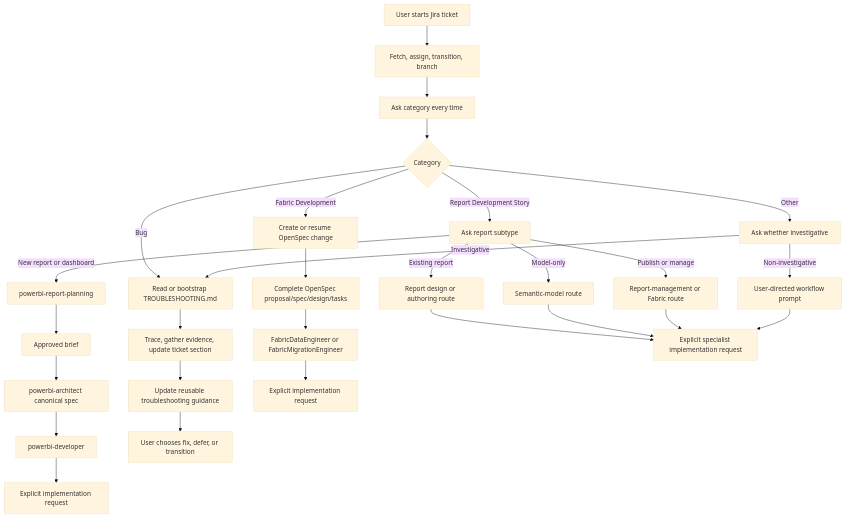
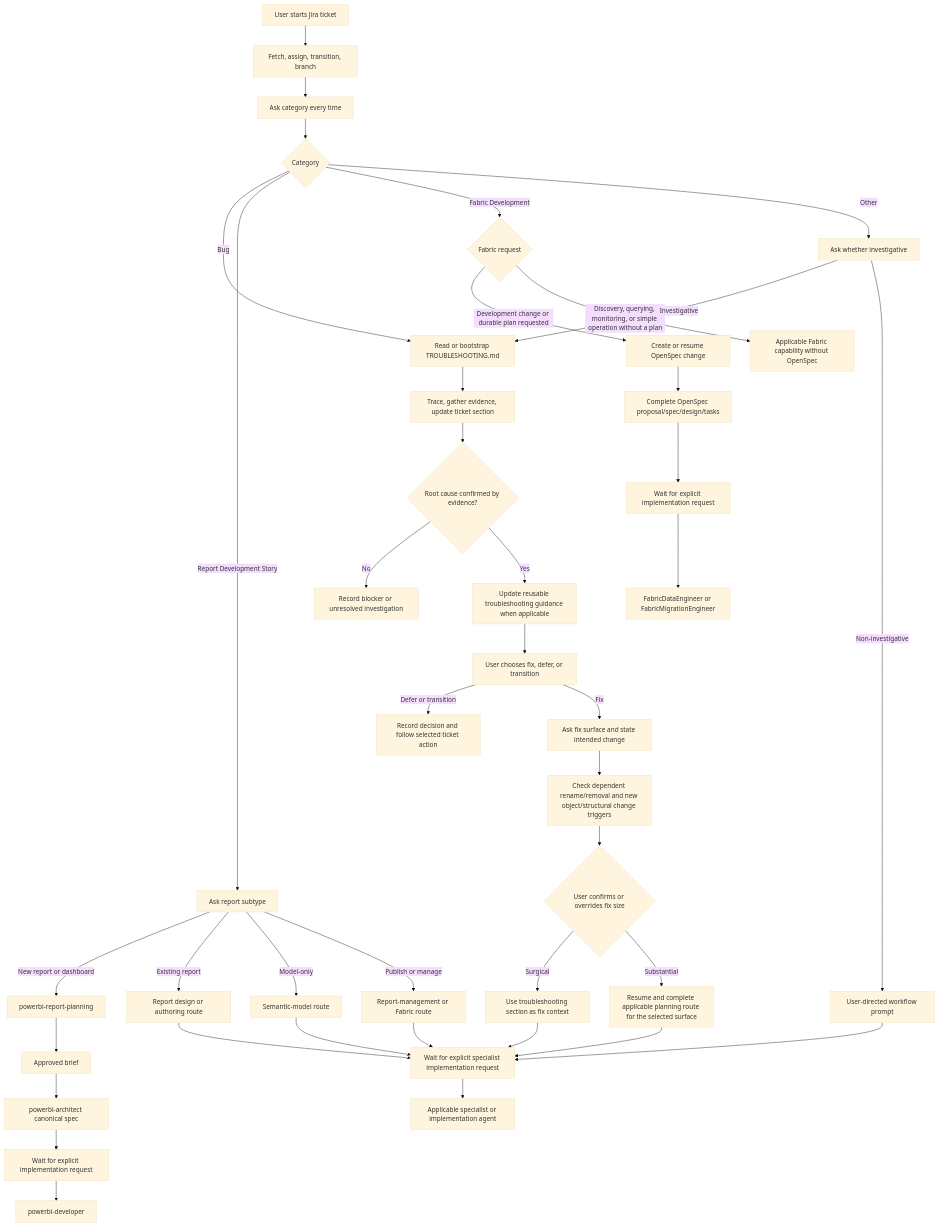
Before and after one commit to YuriChadour/powerbi-agentic-plugins: the diagram in openspec/changes/jira-workflow-architecture-gate/design.md, drawn with Mermaid (base theme). The commit also changed other lines of this file and 14 other files, not shown here.

Commit message:
FIN-1909: add Jira workflow architecture gate

````diff
--- a/openspec/changes/jira-workflow-architecture-gate/design.md
+++ b/openspec/changes/jira-workflow-architecture-gate/design.md
@@ -43,30 +41,43 @@
 ```mermaid
 flowchart TD
     A[User starts Jira ticket] --> B[Fetch, assign, transition, branch]
     B --> C[Ask category every time]
     C --> D{Category}
     D -->|Bug| E[Read or bootstrap TROUBLESHOOTING.md]
     D -->|Report Development Story| F[Ask report subtype]
-    D -->|Fabric Development| G[Create or resume OpenSpec change]
+    D -->|Fabric Development| FD{Fabric request}
     D -->|Other| H[Ask whether investigative]
+    FD -->|Development change or durable plan requested| G[Create or resume OpenSpec change]
+    FD -->|Discovery, querying, monitoring, or simple operation without a plan| OP[Applicable Fabric capability without OpenSpec]
     F -->|New report or dashboard| I[powerbi-report-planning]
     F -->|Existing report| J[Report design or authoring route]
     F -->|Model-only| K[Semantic-model route]
     F -->|Publish or manage| L[Report-management or Fabric route]
     H -->|Investigative| E
     H -->|Non-investigative| M[User-directed workflow prompt]
     E --> N[Trace, gather evidence, update ticket section]
-    N --> O[Update reusable troubleshooting guidance]
+    N --> RC{Root cause confirmed by evidence?}
+    RC -->|No| BL[Record blocker or unresolved investigation]
+    RC -->|Yes| O[Update reusable troubleshooting guidance when applicable]
     G --> P[Complete OpenSpec proposal/spec/design/tasks]
-    P --> Q[FabricDataEngineer or FabricMigrationEngineer]
+    P --> W[Wait for explicit implementation request]
+    W --> Q[FabricDataEngineer or FabricMigrationEngineer]
     I --> R[Approved brief]
     R --> S[powerbi-architect canonical spec]
-    S --> T[powerbi-developer]
-    J --> U[Explicit specialist implementation request]
+    S --> X[Wait for explicit implementation request]
+    X --> T[powerbi-developer]
+    J --> U[Wait for explicit specialist implementation request]
     K --> U
     L --> U
     M --> U
+    U --> IM[Applicable specialist or implementation agent]
     O --> V[User chooses fix, defer, or transition]
-    Q --> W[Explicit implementation request]
-    T --> X[Explicit implementation request]
+    V -->|Defer or transition| END[Record decision and follow selected ticket action]
+    V -->|Fix| FS[Ask fix surface and state intended change]
+    FS --> SZ[Check dependent rename/removal and new object/structural change triggers]
+    SZ --> CF{User confirms or overrides fix size}
+    CF -->|Surgical| SF[Use troubleshooting section as fix context]
+    SF --> U
+    CF -->|Substantial| SP[Resume and complete applicable planning route for the selected surface]
+    SP --> U
 ```
````
